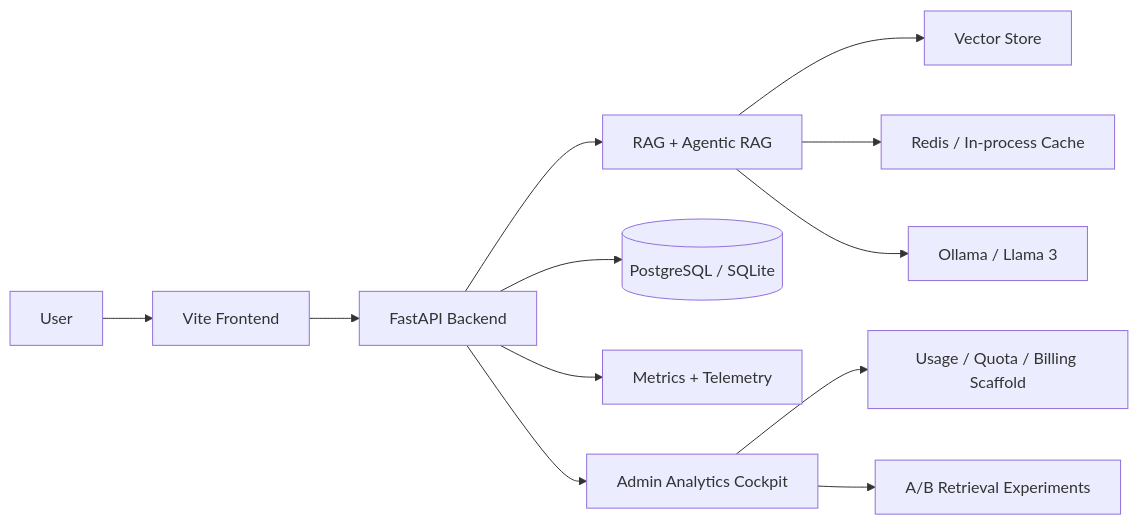
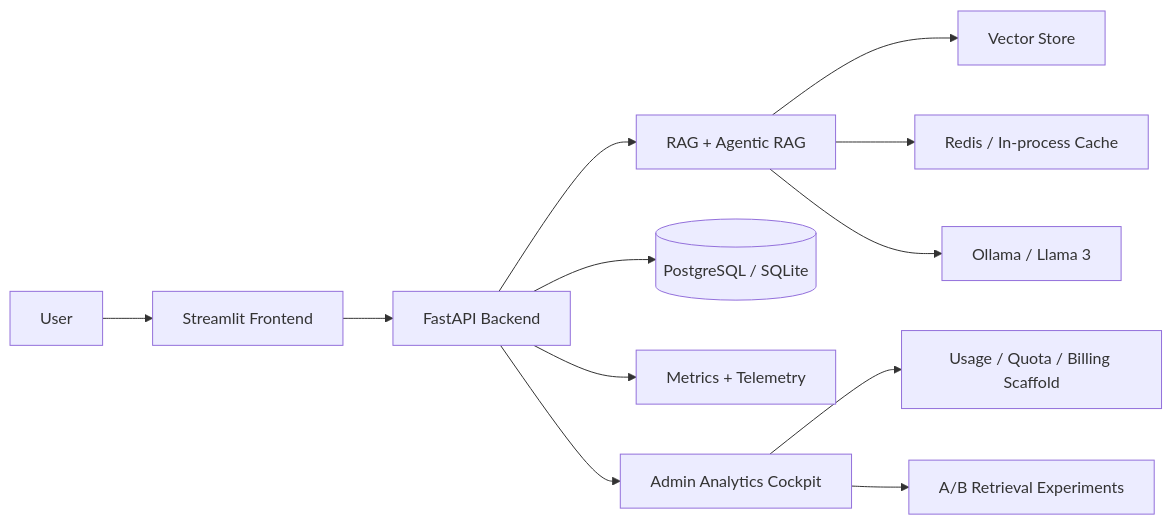
Before and after one commit to Sankalp1729/DocuMind-AI: the first of 2 diagrams in README.md, drawn with Mermaid. The commit also changed other lines of this file and 3 other files, not shown here.

Commit message:
feat: restore streamlit frontend shell

````diff
--- a/README.md
+++ b/README.md
@@ -16,14 +16,14 @@
 ```mermaid
 flowchart LR
-	U[User] --> FE[Vite Frontend]
+	U[User] --> FE[Streamlit Frontend]
 	FE --> API[FastAPI Backend]
 	API --> RAG[RAG + Agentic RAG]
 	RAG --> VS[Vector Store]
 	RAG --> CACHE[Redis / In-process Cache]
 	RAG --> OLLAMA[Ollama / Llama 3]
 	API --> DB[(PostgreSQL / SQLite)]
 	API --> MET[Metrics + Telemetry]
 	API --> ADM[Admin Analytics Cockpit]
 	ADM --> USG[Usage / Quota / Billing Scaffold]
 	ADM --> EXP[A/B Retrieval Experiments]
 ```
````
